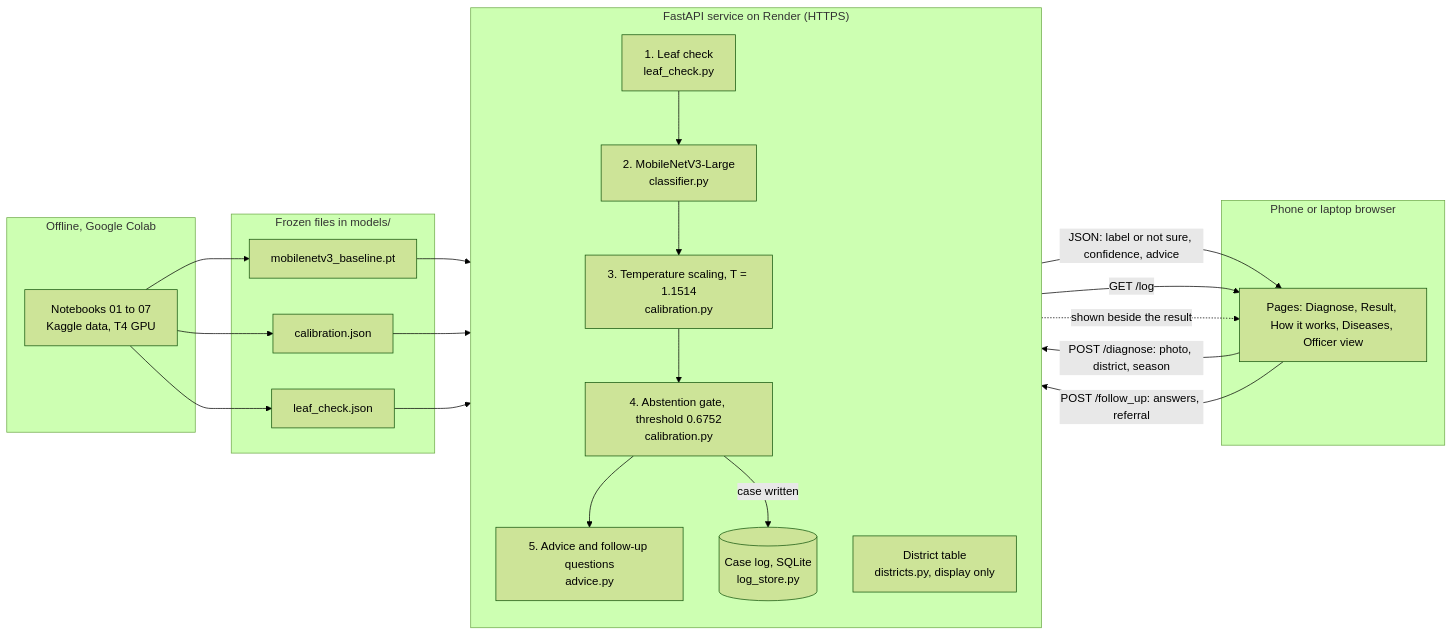
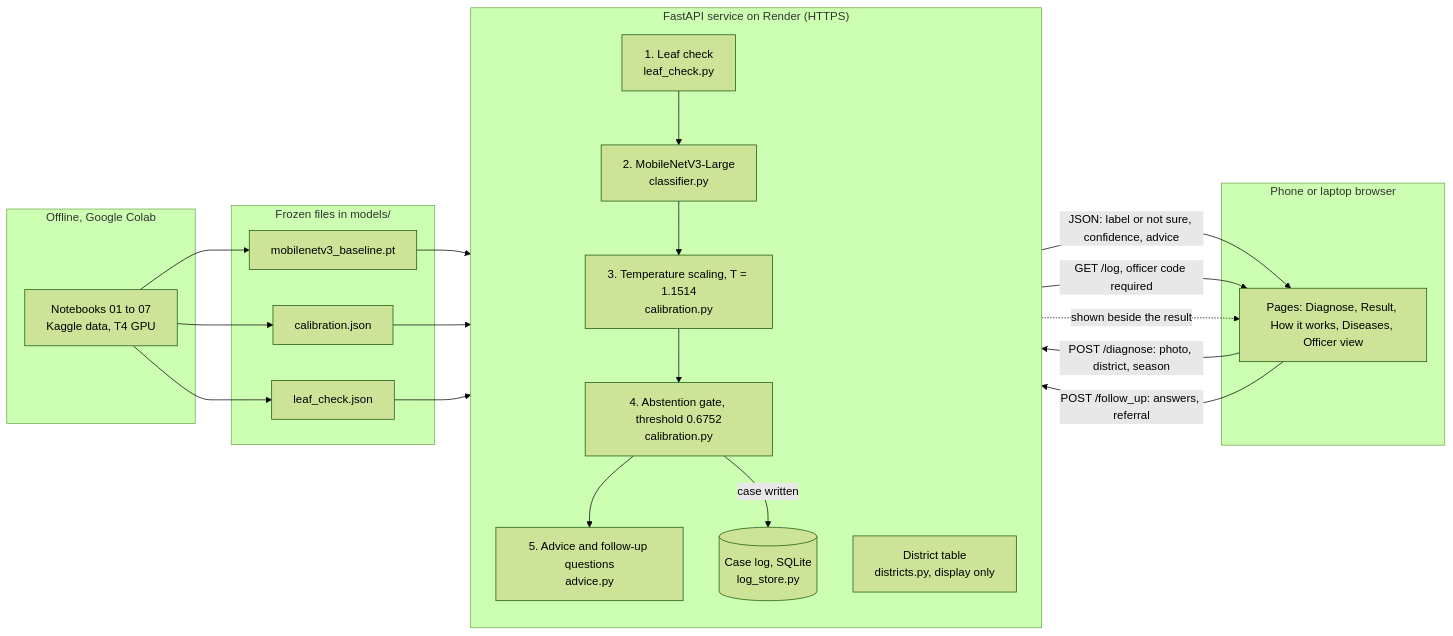
One commit to Justine-abc/cassavacheck changed the diagram in docs/architecture.md. Above: the diagram before and after it, drawn with Mermaid (forest theme). The commit also changed other lines of this file and 13 other files, not shown here.

Commit message:
Officer view behind an access code: /log checks the CASSACHECK_OFFICER_CODE environment variable on the server and stays closed without it; sign-in on the officer page; officer link removed from the farmer's menu; three tests; docs

````diff
--- a/docs/architecture.md
+++ b/docs/architecture.md
@@ -3,37 +3,37 @@
 ```mermaid
 flowchart LR
     subgraph Browser["Phone or laptop browser"]
         P["Pages: Diagnose, Result, How it works, Diseases, Officer view"]
     end
 
     subgraph Server["FastAPI service on Render (HTTPS)"]
         direction TB
         L["1. Leaf check<br/>leaf_check.py"] --> M["2. MobileNetV3-Large<br/>classifier.py"]
         M --> C["3. Temperature scaling, T = 1.1514<br/>calibration.py"]
         C --> G["4. Abstention gate, threshold 0.6752<br/>calibration.py"]
         G --> A["5. Advice and follow-up questions<br/>advice.py"]
         D["District table<br/>districts.py, display only"]
         S[("Case log, SQLite<br/>log_store.py")]
     end
 
     subgraph Frozen["Frozen files in models/"]
         W["mobilenetv3_baseline.pt"]
         J["calibration.json"]
         K["leaf_check.json"]
     end
 
     subgraph Offline["Offline, Google Colab"]
         N["Notebooks 01 to 07<br/>Kaggle data, T4 GPU"]
     end
 
     P -- "POST /diagnose: photo, district, season" --> L
     A -- "JSON: label or not sure, confidence, advice" --> P
     P -- "POST /follow_up: answers, referral" --> S
-    S -- "GET /log" --> P
+    S -- "GET /log, officer code required" --> P
     D -. "shown beside the result" .-> P
     G -- "case written" --> S
     N --> W & J & K
     W --> M
     J --> C
     K --> L
 ```
````
